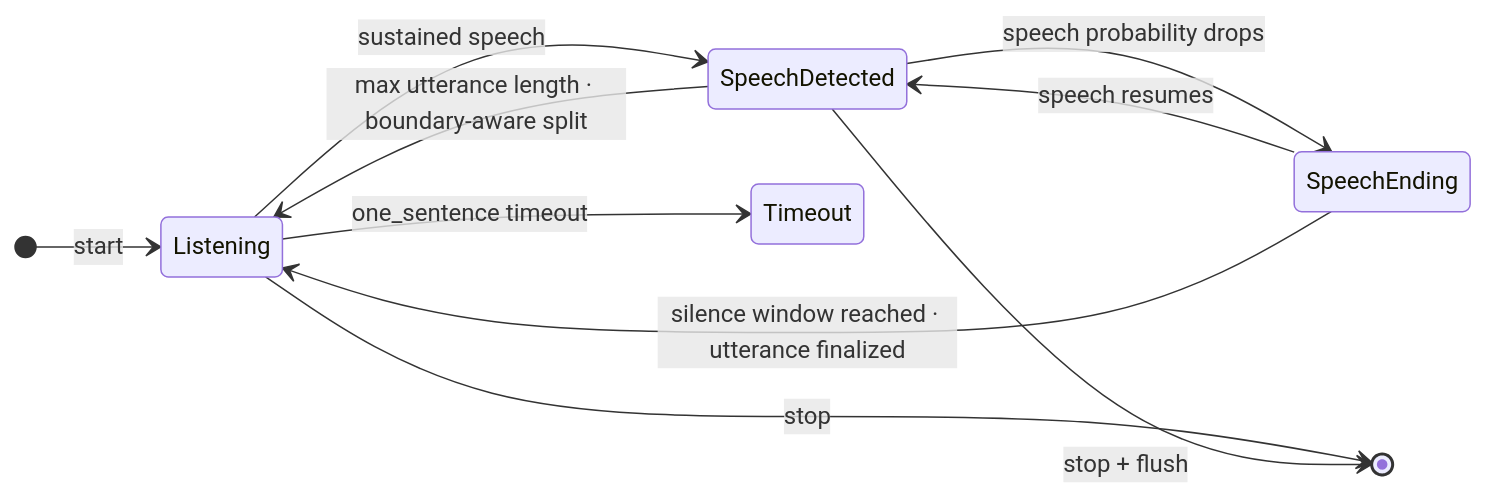
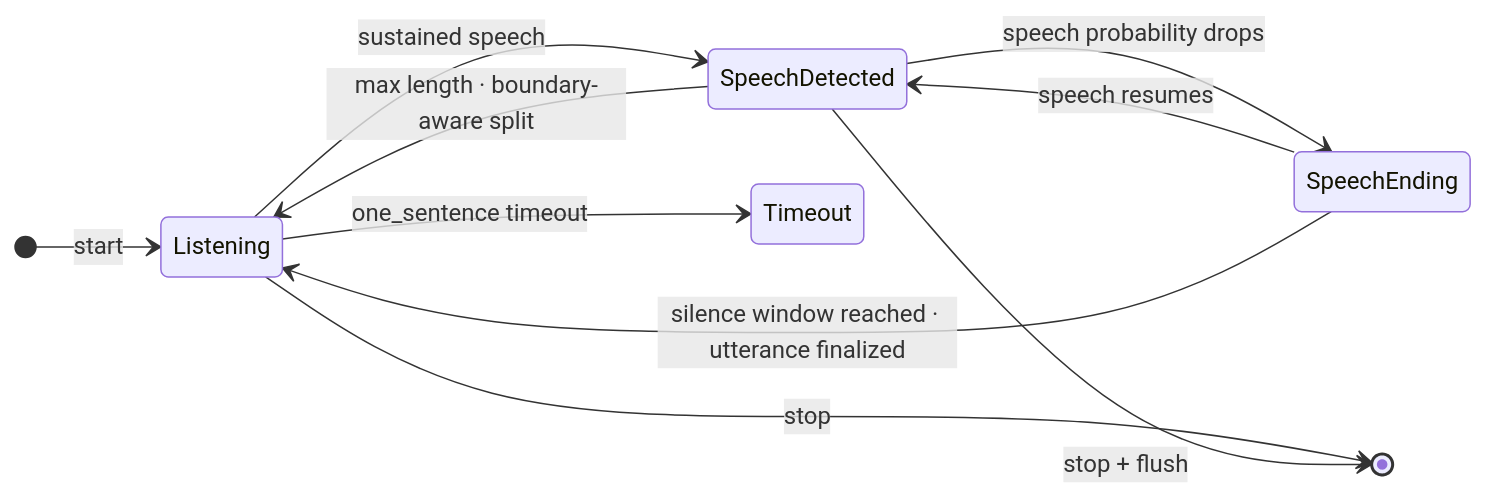
One commit to brittain9/local-dictation-obsidian-plugin changed the fourth of 6 diagrams in docs/system-architecture.md. Above: the diagram before and after it, drawn with Mermaid. The commit also changed other lines of this file and 23 other files, not shown here.

````diff
--- a/docs/system-architecture.md
+++ b/docs/system-architecture.md
@@ -193,14 +158,14 @@
 ```mermaid
 stateDiagram-v2
     direction LR
 
     [*] --> Listening : start
     Listening --> SpeechDetected : sustained speech
     SpeechDetected --> SpeechEnding : speech probability drops
     SpeechEnding --> SpeechDetected : speech resumes
     SpeechEnding --> Listening : silence window reached · utterance finalized
-    SpeechDetected --> Listening : max utterance length · boundary-aware split
+    SpeechDetected --> Listening : max length · boundary-aware split
     Listening --> [*] : stop
     SpeechDetected --> [*] : stop + flush
     Listening --> Timeout : one_sentence timeout
 ```
````
